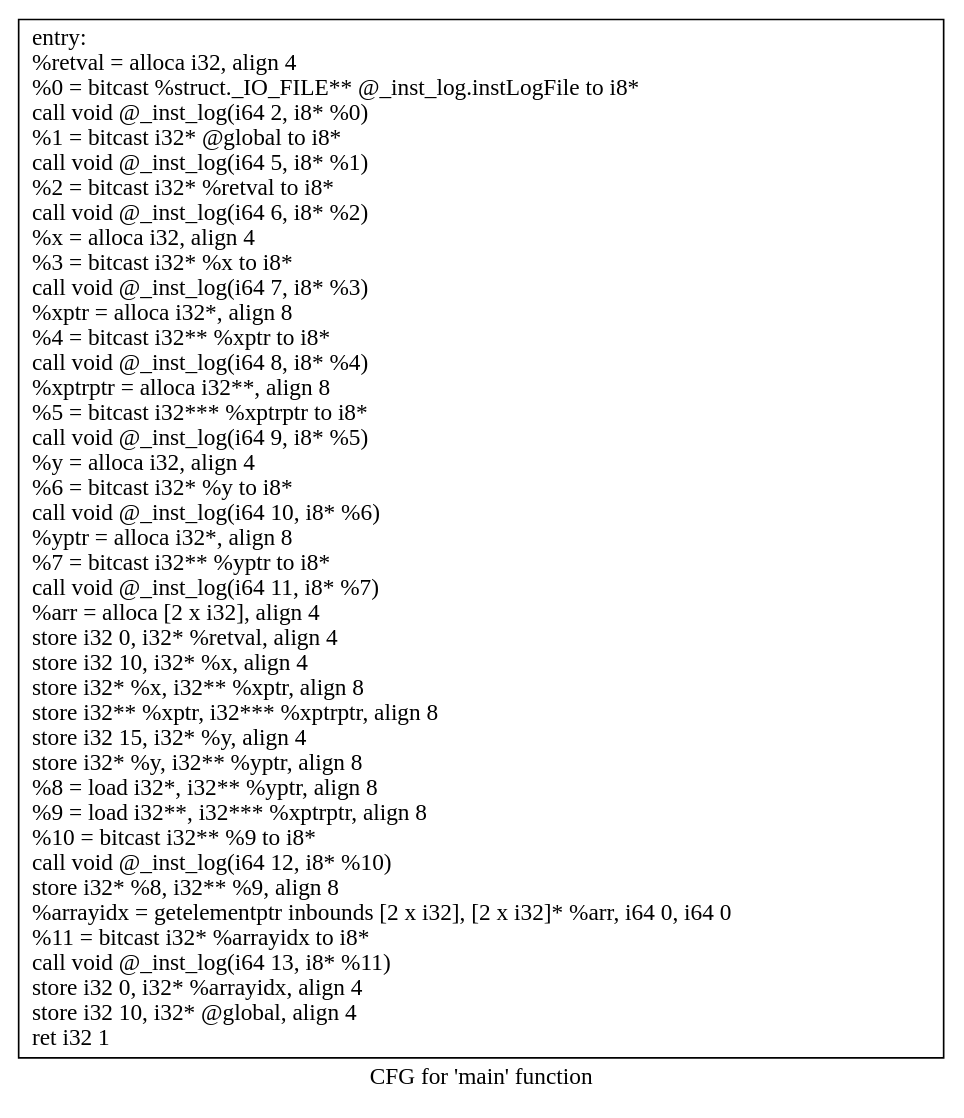
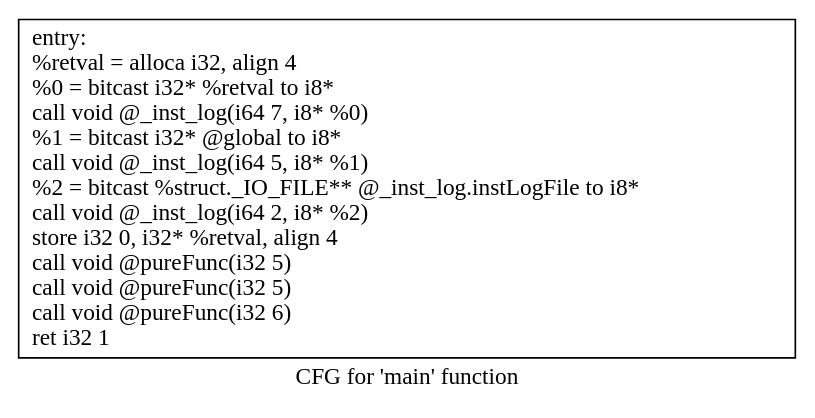
The diagram in 583simple/.main.dot (mattqemo/eecs583fp), drawn with Graphviz before and after one commit. The commit also changed 16 other files, not shown here.

```diff
--- a/583simple/.main.dot
+++ b/583simple/.main.dot
@@ -1,5 +1,5 @@
 digraph "CFG for 'main' function" {
 	label="CFG for 'main' function";
 
-	Node0x55bc25ed8530 [shape=record,label="{entry:\l  %retval = alloca i32, align 4\l  %0 = bitcast %struct._IO_FILE** @_inst_log.instLogFile to i8*\l  call void @_inst_log(i64 2, i8* %0)\l  %1 = bitcast i32* @global to i8*\l  call void @_inst_log(i64 5, i8* %1)\l  %2 = bitcast i32* %retval to i8*\l  call void @_inst_log(i64 6, i8* %2)\l  %x = alloca i32, align 4\l  %3 = bitcast i32* %x to i8*\l  call void @_inst_log(i64 7, i8* %3)\l  %xptr = alloca i32*, align 8\l  %4 = bitcast i32** %xptr to i8*\l  call void @_inst_log(i64 8, i8* %4)\l  %xptrptr = alloca i32**, align 8\l  %5 = bitcast i32*** %xptrptr to i8*\l  call void @_inst_log(i64 9, i8* %5)\l  %y = alloca i32, align 4\l  %6 = bitcast i32* %y to i8*\l  call void @_inst_log(i64 10, i8* %6)\l  %yptr = alloca i32*, align 8\l  %7 = bitcast i32** %yptr to i8*\l  call void @_inst_log(i64 11, i8* %7)\l  %arr = alloca [2 x i32], align 4\l  store i32 0, i32* %retval, align 4\l  store i32 10, i32* %x, align 4\l  store i32* %x, i32** %xptr, align 8\l  store i32** %xptr, i32*** %xptrptr, align 8\l  store i32 15, i32* %y, align 4\l  store i32* %y, i32** %yptr, align 8\l  %8 = load i32*, i32** %yptr, align 8\l  %9 = load i32**, i32*** %xptrptr, align 8\l  %10 = bitcast i32** %9 to i8*\l  call void @_inst_log(i64 12, i8* %10)\l  store i32* %8, i32** %9, align 8\l  %arrayidx = getelementptr inbounds [2 x i32], [2 x i32]* %arr, i64 0, i64 0\l  %11 = bitcast i32* %arrayidx to i8*\l  call void @_inst_log(i64 13, i8* %11)\l  store i32 0, i32* %arrayidx, align 4\l  store i32 10, i32* @global, align 4\l  ret i32 1\l}"];
+	Node0x55dbbe2c3560 [shape=record,label="{entry:\l  %retval = alloca i32, align 4\l  %0 = bitcast i32* %retval to i8*\l  call void @_inst_log(i64 7, i8* %0)\l  %1 = bitcast i32* @global to i8*\l  call void @_inst_log(i64 5, i8* %1)\l  %2 = bitcast %struct._IO_FILE** @_inst_log.instLogFile to i8*\l  call void @_inst_log(i64 2, i8* %2)\l  store i32 0, i32* %retval, align 4\l  call void @pureFunc(i32 5)\l  call void @pureFunc(i32 5)\l  call void @pureFunc(i32 6)\l  ret i32 1\l}"];
 }
```
